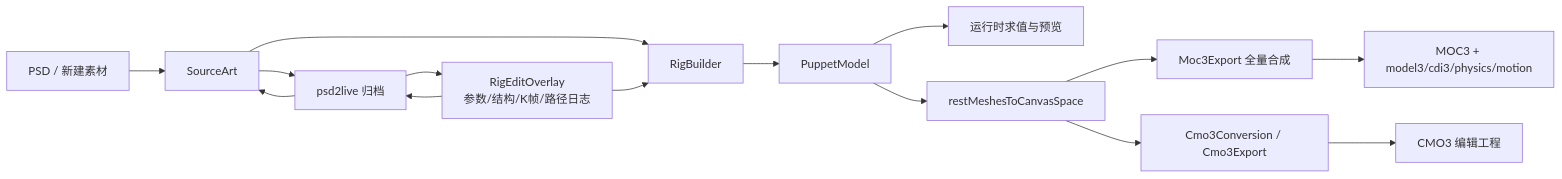
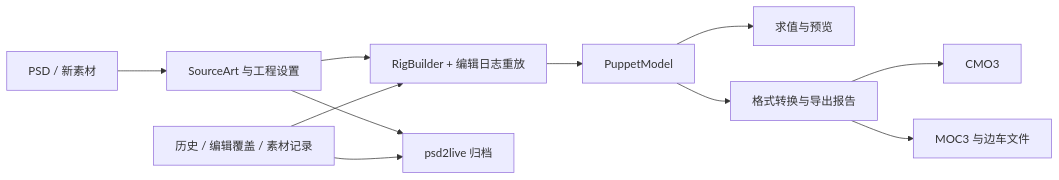
Before and after one commit to tsunehimatoi/psd2live: the diagram in docs/zh/spec/RUNTIME_EXPORT_ARCHITECTURE_AND_GAPS.md, drawn with Mermaid. The commit also changed other lines of this file and 41 other files, not shown here.

````diff
--- a/docs/zh/spec/RUNTIME_EXPORT_ARCHITECTURE_AND_GAPS.md
+++ b/docs/zh/spec/RUNTIME_EXPORT_ARCHITECTURE_AND_GAPS.md
@@ -30,17 +9,13 @@
 ```mermaid
 flowchart LR
-    PSD[PSD / 新建素材] --> SA[SourceArt]
-    SA --> RB[RigBuilder]
-    RE[RigEditOverlay\n参数/结构/K帧/路径日志] --> RB
-    RB --> PM[PuppetModel]
-    PM --> EV[运行时求值与预览]
-    PM --> RS[restMeshesToCanvasSpace]
-    RS --> ME[Moc3Export 全量合成]
-    RS --> CE[Cmo3Conversion / Cmo3Export]
-    ME --> MOC[MOC3 + model3/cdi3/physics/motion]
-    CE --> CMO[CMO3 编辑工程]
-    SA --> P2L[psd2live 归档]
-    RE --> P2L
-    P2L --> SA
-    P2L --> RE
+    PSD[PSD / 新素材] --> Source[SourceArt 与工程设置]
+    Source --> Rig[RigBuilder + 编辑日志重放]
+    Rig --> Model[PuppetModel]
+    Model --> Preview[求值与预览]
+    Model --> Export[格式转换与导出报告]
+    Export --> CMO[CMO3]
+    Export --> MOC[MOC3 与边车文件]
+    Source --> Project[psd2live 归档]
+    History[历史 / 编辑覆盖 / 素材记录] --> Project
+    History --> Rig
 ```
````
